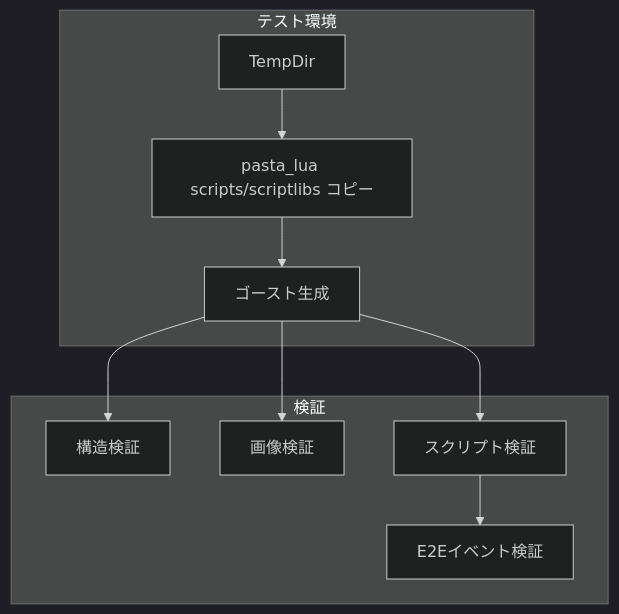
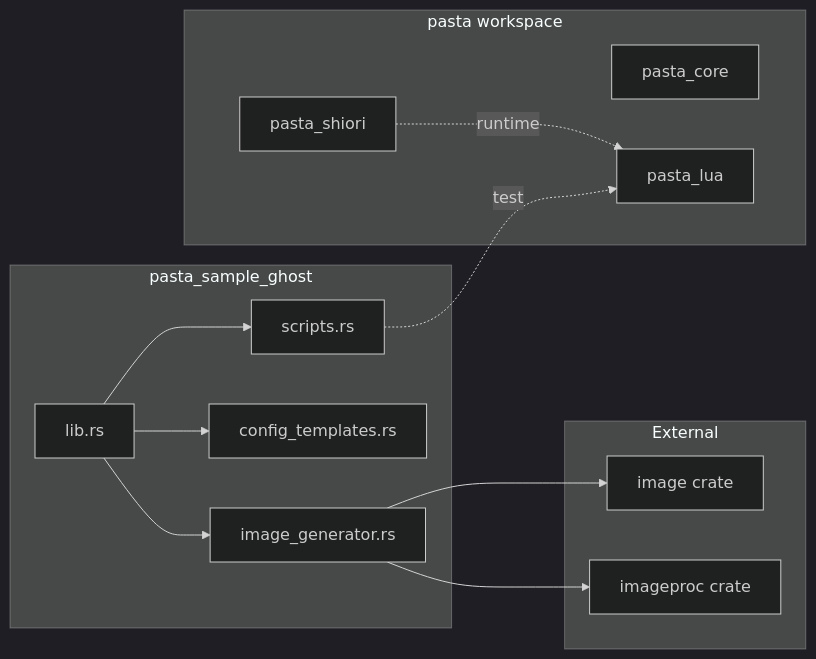
Before and after one commit to ekicyou/pasta: the second of 3 diagrams in .kiro/specs/alpha04-sample-ghost/design.md, drawn with Mermaid (dark theme). The commit also changed other lines of this file and 43 other files, not shown here.

````diff
--- a/.kiro/specs/alpha04-sample-ghost/design.md
+++ b/.kiro/specs/alpha04-sample-ghost/design.md
@@ -749,22 +126,28 @@
 ```mermaid
-flowchart TB
-    subgraph TestEnv["テスト環境"]
-        TEMP[TempDir]
-        COPY[pasta_lua scripts/scriptlibs コピー]
-        GEN[ゴースト生成]
+graph LR
+    subgraph pasta_sample_ghost
+        LIB[lib.rs]
+        IMG[image_generator.rs]
+        CFG[config_templates.rs]
+        SCRIPTS[scripts.rs]
     end
     
-    subgraph Verify["検証"]
-        STRUCT[構造検証]
-        IMAGE[画像検証]
-        SCRIPT[スクリプト検証]
-        E2E[E2Eイベント検証]
+    subgraph External
+        IMAGE[image crate]
+        IMAGEPROC[imageproc crate]
     end
     
-    TEMP --> COPY
-    COPY --> GEN
-    GEN --> STRUCT
-    GEN --> IMAGE
-    GEN --> SCRIPT
-    SCRIPT --> E2E
+    subgraph pasta workspace
+        CORE[pasta_core]
+        LUA[pasta_lua]
+        SHIORI[pasta_shiori]
+    end
+    
+    LIB --> IMG
+    LIB --> CFG
+    LIB --> SCRIPTS
+    IMG --> IMAGE
+    IMG --> IMAGEPROC
+    SCRIPTS -.test.-> LUA
+    SHIORI -.runtime.-> LUA
 ```
````
